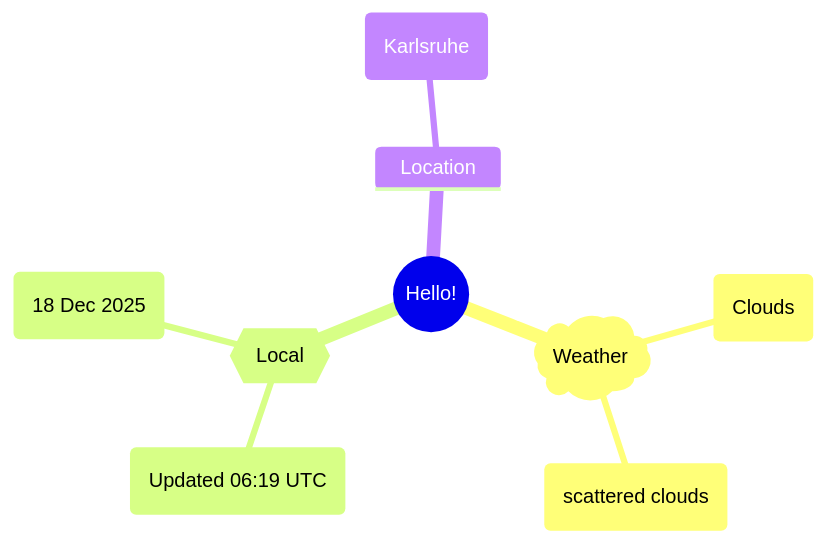
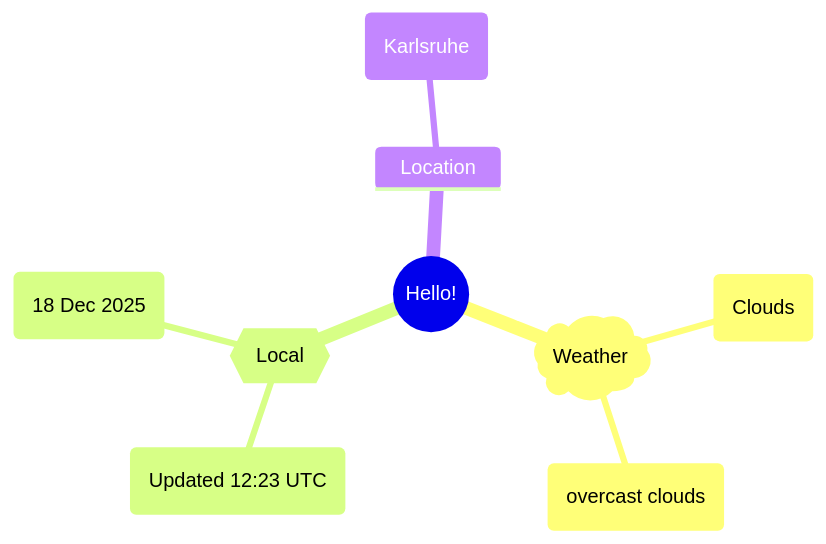
Before and after one commit to Xosrov/Xosrov: the first of 2 diagrams in README.md, drawn with Mermaid.

Commit message:
[bot] updated images

````diff
--- a/README.md
+++ b/README.md
@@ -3,12 +3,12 @@
 ```mermaid
 mindmap
   root((Hello!))
     )Weather(
         (Clouds)
-        (scattered clouds)
+        (overcast clouds)
     {{Local}}
-        (Updated 06:19 UTC)
+        (Updated 12:23 UTC)
         (18 Dec 2025)
     Location
         (Karlsruhe)
 ```
````
